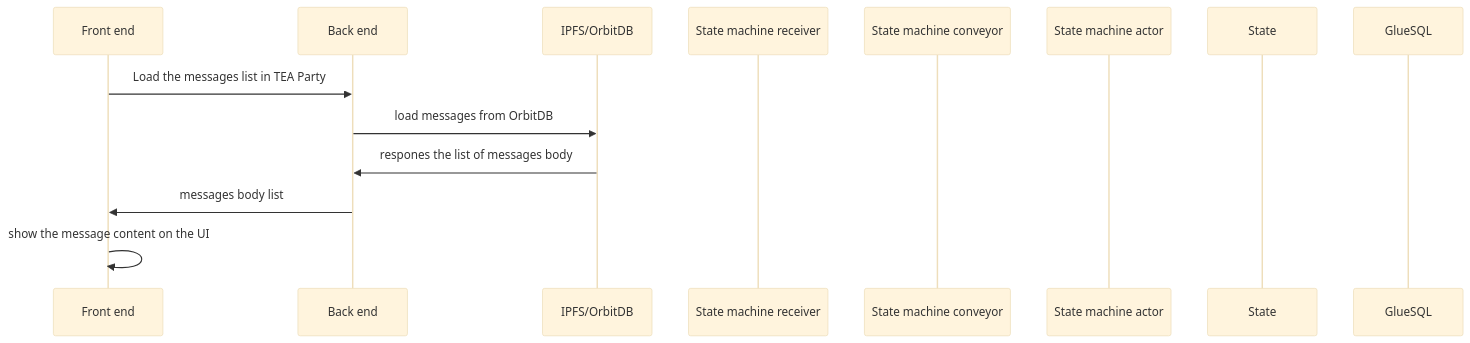
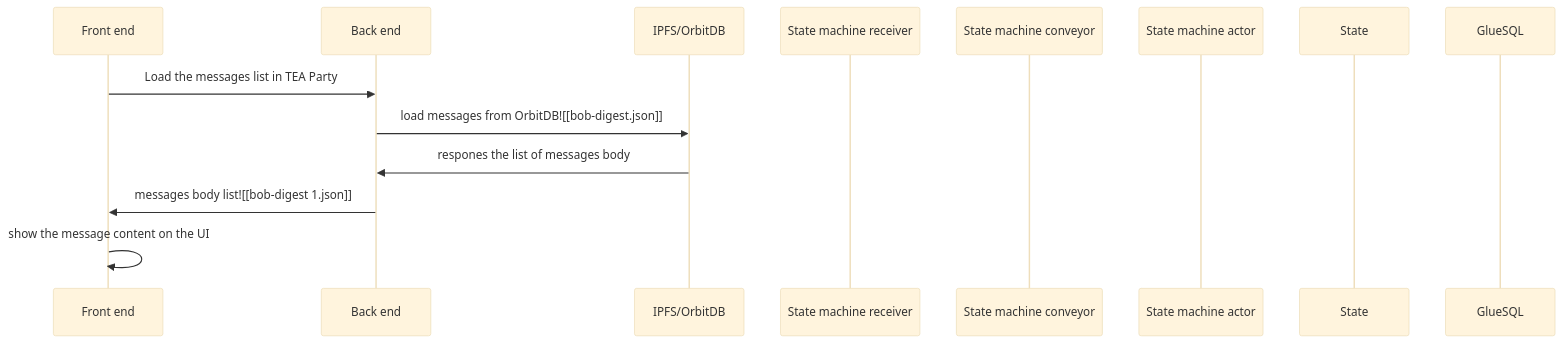
One commit to tearust/tapp-tutor changed the sixth of 7 diagrams in code_walkthrough.md. Above: the diagram before and after it, drawn with Mermaid (base theme). The commit also changed 3 other files, not shown here.

Commit message:
update diagram

````diff
--- a/code_walkthrough.md
+++ b/code_walkthrough.md
@@ -169,16 +169,16 @@
 ```mermaid
 sequenceDiagram
 	participant A as Front end
 	participant B as Back end
 	participant C as IPFS/OrbitDB
 	participant D as State machine receiver
 	participant E as State machine conveyor
 	participant F as State machine actor
 	participant G as State
 	participant H as GlueSQL
 	A->>B: Load the messages list in TEA Party
-	B->>C: load messages from OrbitDB
+	B->>C: load messages from OrbitDB![[bob-digest.json]]
 	C->>B: respones the list of messages body
-	B->>A: messages body list
+	B->>A: messages body list![[bob-digest 1.json]]
 	A->>A: show the message content on the UI
 ```
````
